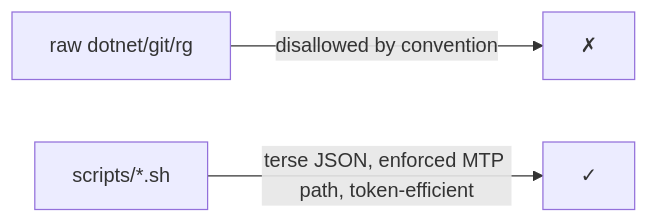
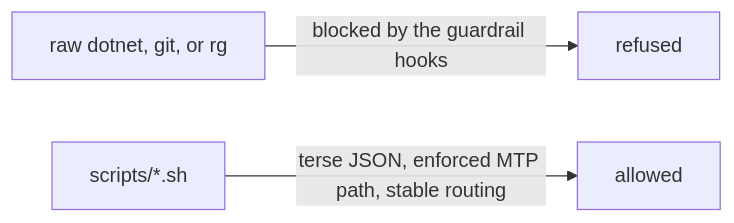
The diagram in docs/reference/cli-commands.md (e128/dotnet-reference), drawn with Mermaid before and after one commit. The commit also changed other lines of this file and 20 other files, not shown here.

````diff
--- a/docs/reference/cli-commands.md
+++ b/docs/reference/cli-commands.md
@@ -11,5 +11,5 @@
 ```mermaid
 flowchart LR
-  raw["raw dotnet/git/rg"] -->|"disallowed by convention"| x["✗"]
-  script["scripts/*.sh"] -->|"terse JSON, enforced MTP path, token-efficient"| ok["✓"]
+  raw["raw dotnet, git, or rg"] -->|"blocked by the guardrail hooks"| x["refused"]
+  script["scripts/*.sh"] -->|"terse JSON, enforced MTP path, stable routing"| ok["allowed"]
 ```
````
